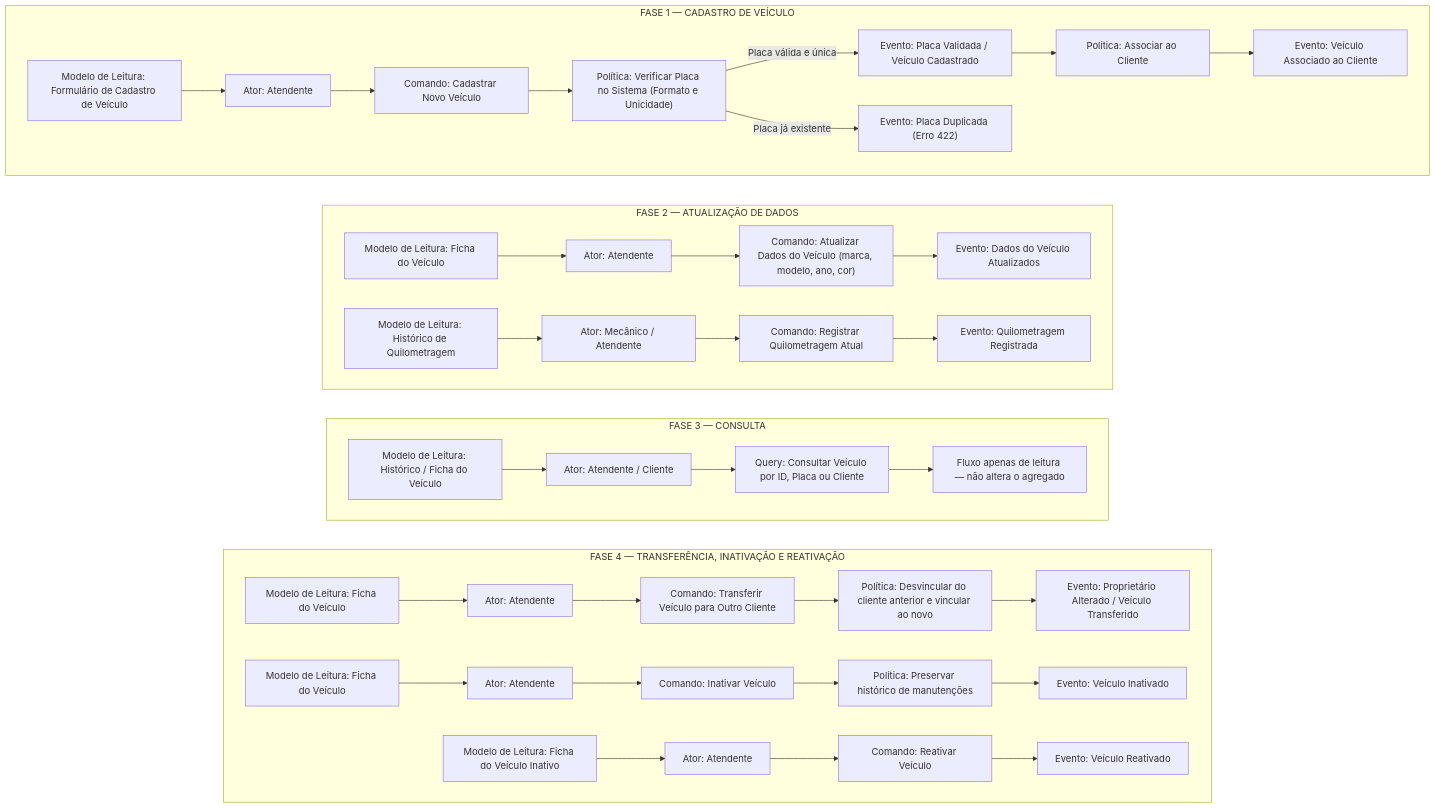
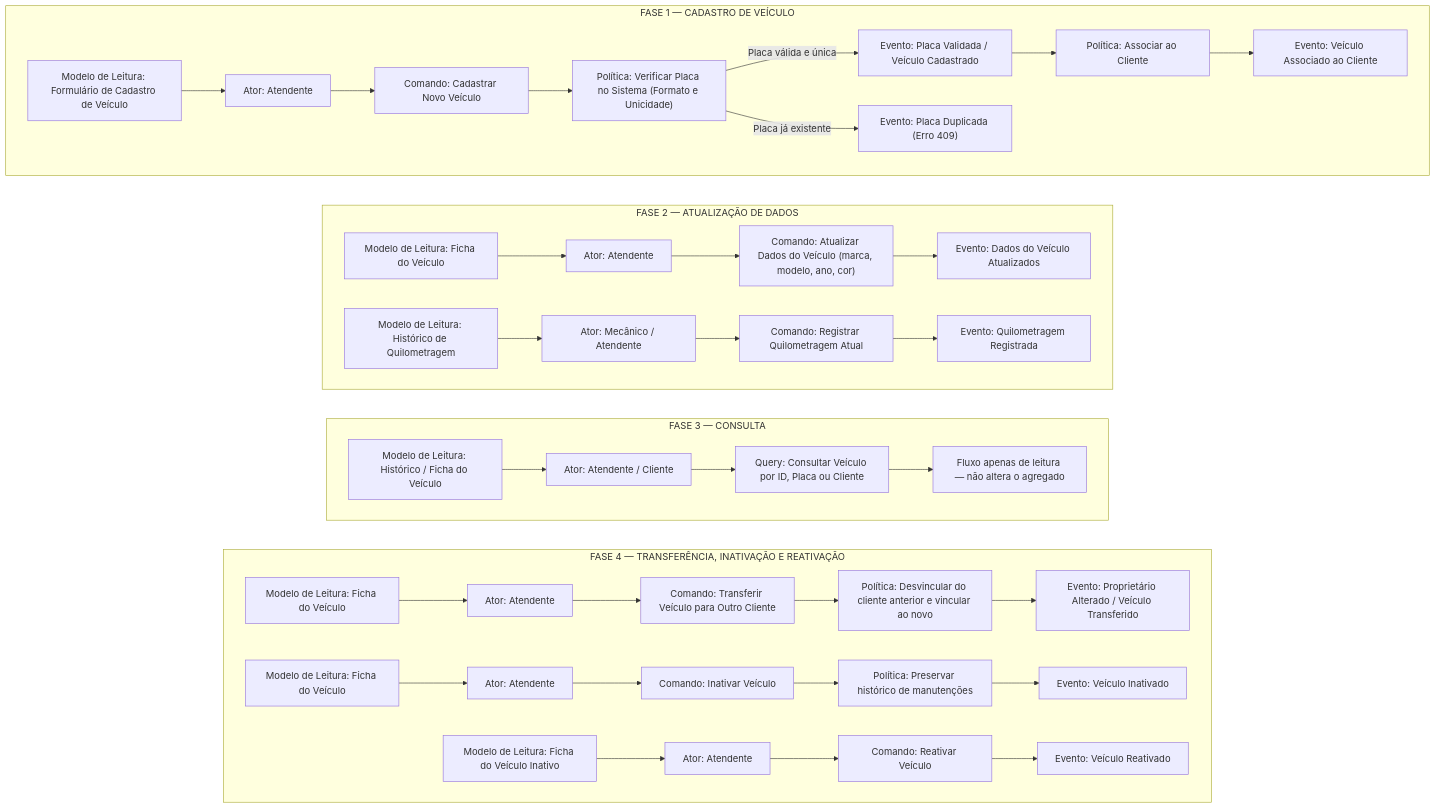
Before and after one commit to femedinat/soat-oficina-api: the diagram in docs/ddd/event-storming/veiculo.md, drawn with Mermaid. The commit also changed other lines of this file and 7 other files, not shown here.

````diff
--- a/docs/ddd/event-storming/veiculo.md
+++ b/docs/ddd/event-storming/veiculo.md
@@ -18,50 +18,50 @@
 ```mermaid
 flowchart TD
     subgraph F1["FASE 1 — CADASTRO DE VEÍCULO"]
         direction LR
         RM1["Modelo de Leitura: Formulário de Cadastro de Veículo"] --> A1["Ator: Atendente"]
         A1 --> C1["Comando: Cadastrar Novo Veículo"]
         C1 --> P1["Política: Verificar Placa no Sistema (Formato e Unicidade)"]
         P1 -->|Placa válida e única| EV1["Evento: Placa Validada / Veículo Cadastrado"]
-        P1 -->|Placa já existente| EV2["Evento: Placa Duplicada (Erro 422)"]
+        P1 -->|Placa já existente| EV2["Evento: Placa Duplicada (Erro 409)"]
         EV1 --> P2["Política: Associar ao Cliente"]
         P2 --> EV3["Evento: Veículo Associado ao Cliente"]
     end
 
     subgraph F2["FASE 2 — ATUALIZAÇÃO DE DADOS"]
         direction LR
         RM2["Modelo de Leitura: Ficha do Veículo"] --> A2["Ator: Atendente"]
         A2 --> C2["Comando: Atualizar Dados do Veículo (marca, modelo, ano, cor)"]
         C2 --> EV4["Evento: Dados do Veículo Atualizados"]
 
         RM3["Modelo de Leitura: Histórico de Quilometragem"] --> A3["Ator: Mecânico / Atendente"]
         A3 --> C3["Comando: Registrar Quilometragem Atual"]
         C3 --> EV5["Evento: Quilometragem Registrada"]
     end
 
     subgraph F3["FASE 3 — CONSULTA"]
         direction LR
         RM4["Modelo de Leitura: Histórico / Ficha do Veículo"] --> A4["Ator: Atendente / Cliente"]
         A4 --> C4["Query: Consultar Veículo por ID, Placa ou Cliente"]
         C4 --> N1["Fluxo apenas de leitura — não altera o agregado"]
     end
 
     subgraph F4["FASE 4 — TRANSFERÊNCIA, INATIVAÇÃO E REATIVAÇÃO"]
         direction LR
         RM5["Modelo de Leitura: Ficha do Veículo"] --> A5["Ator: Atendente"]
         A5 --> C5["Comando: Transferir Veículo para Outro Cliente"]
         C5 --> P4["Política: Desvincular do cliente anterior e vincular ao novo"]
         P4 --> EV6["Evento: Proprietário Alterado / Veículo Transferido"]
 
         RM6["Modelo de Leitura: Ficha do Veículo"] --> A6["Ator: Atendente"]
         A6 --> C6["Comando: Inativar Veículo"]
         C6 --> P5["Política: Preservar histórico de manutenções"]
         P5 --> EV7["Evento: Veículo Inativado"]
 
         RM7["Modelo de Leitura: Ficha do Veículo Inativo"] --> A7["Ator: Atendente"]
         A7 --> C7["Comando: Reativar Veículo"]
         C7 --> EV8["Evento: Veículo Reativado"]
     end
 
     F1 ~~~ F2 ~~~ F3 ~~~ F4
 ```
````
